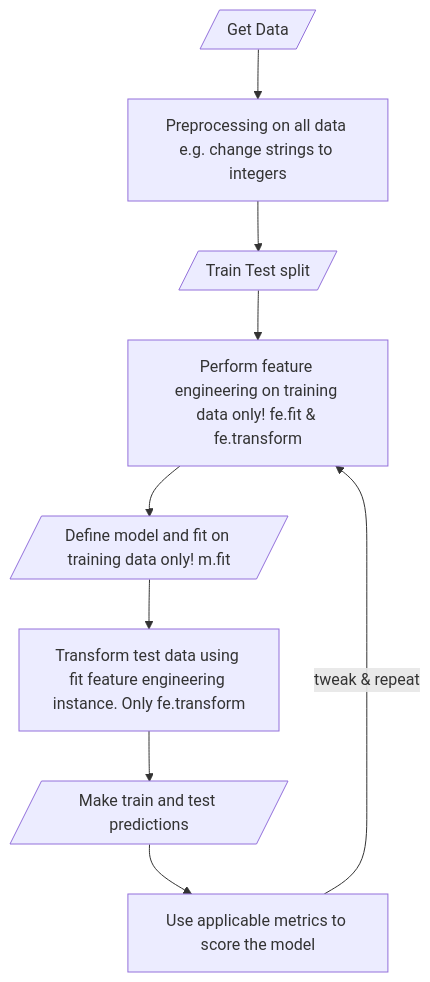
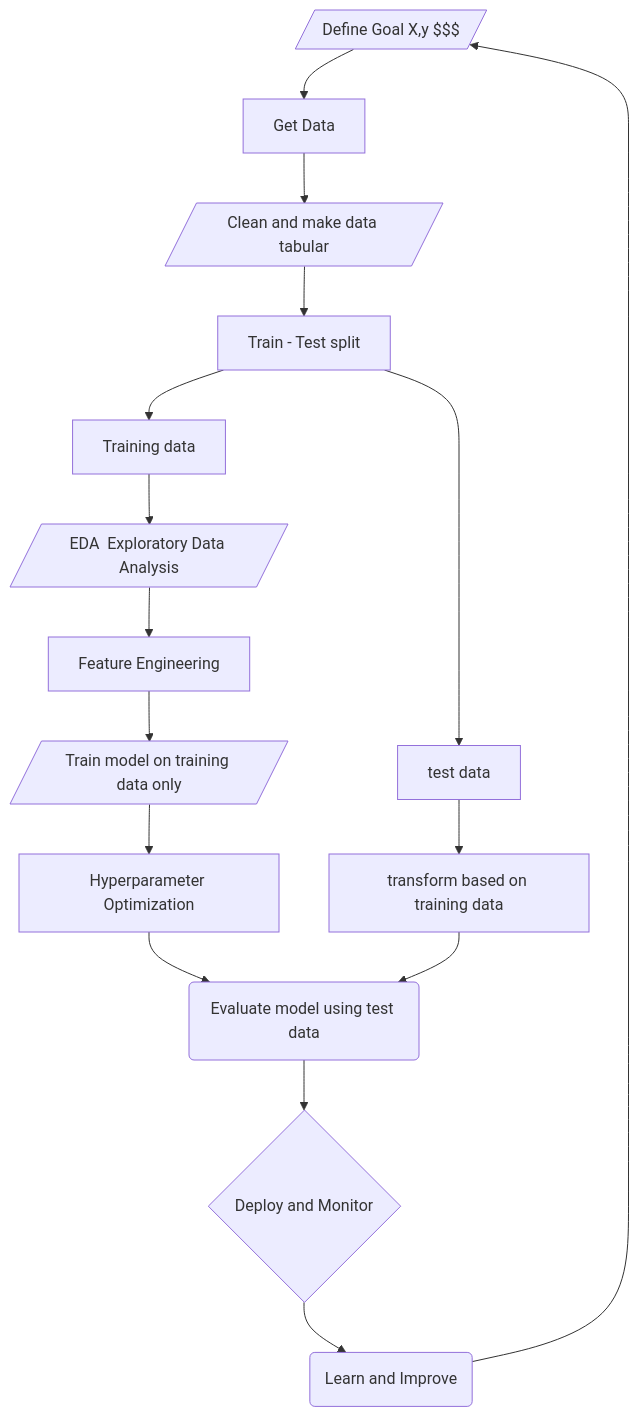
The diagram in README.md (SamuelAdamsMcGuire/ml-crash-course), drawn with Mermaid before and after one commit. The commit also changed other lines of this file, not shown here.

````diff
--- a/README.md
+++ b/README.md
@@ -13,11 +11,18 @@
 ```mermaid
-flowchart TD
-    id1[/Get Data/] --> id2[Preprocessing on all data e.g. change strings to integers]
-    id2 --> id3[/Train Test split/]
-    id3 --> id4[Perform feature engineering on training data only! fe.fit & fe.transform]
-    id4 --> id5[/Define model and fit on training data only! m.fit/]
-    id5 --> id6[Transform test data using fit feature engineering instance. Only fe.transform]
-    id6 --> id7[/Make train and test predictions/]
-    id7 --> id8[Use applicable metrics to score the model]
-    id8 --tweak & repeat --> id4 
+ flowchart TD
+    id1[/Define Goal X,y $$$/] --> id2[Get Data]
+    id2 --> id3[/Clean and make data tabular/]
+    id3 --> id4[Train - Test split]
+    id4 --> id13[Training data]
+    id13 --> id5[/EDA  Exploratory Data Analysis/]
+    id5 --> id6[Feature Engineering]
+    id6 --> id7[/Train model on training data only/]
+    id7 --> id8[Hyperparameter Optimization]
+    id8 --> id9(Evaluate model using test data)
+    id9 --> id10{Deploy and Monitor}
+    id10 --> id15(Learn and Improve)
+    id15 --> id1
+    id4 --> id12[test data]
+    id12 --> id14[transform based on training data]
+    id14 --> id9
 ```
````
